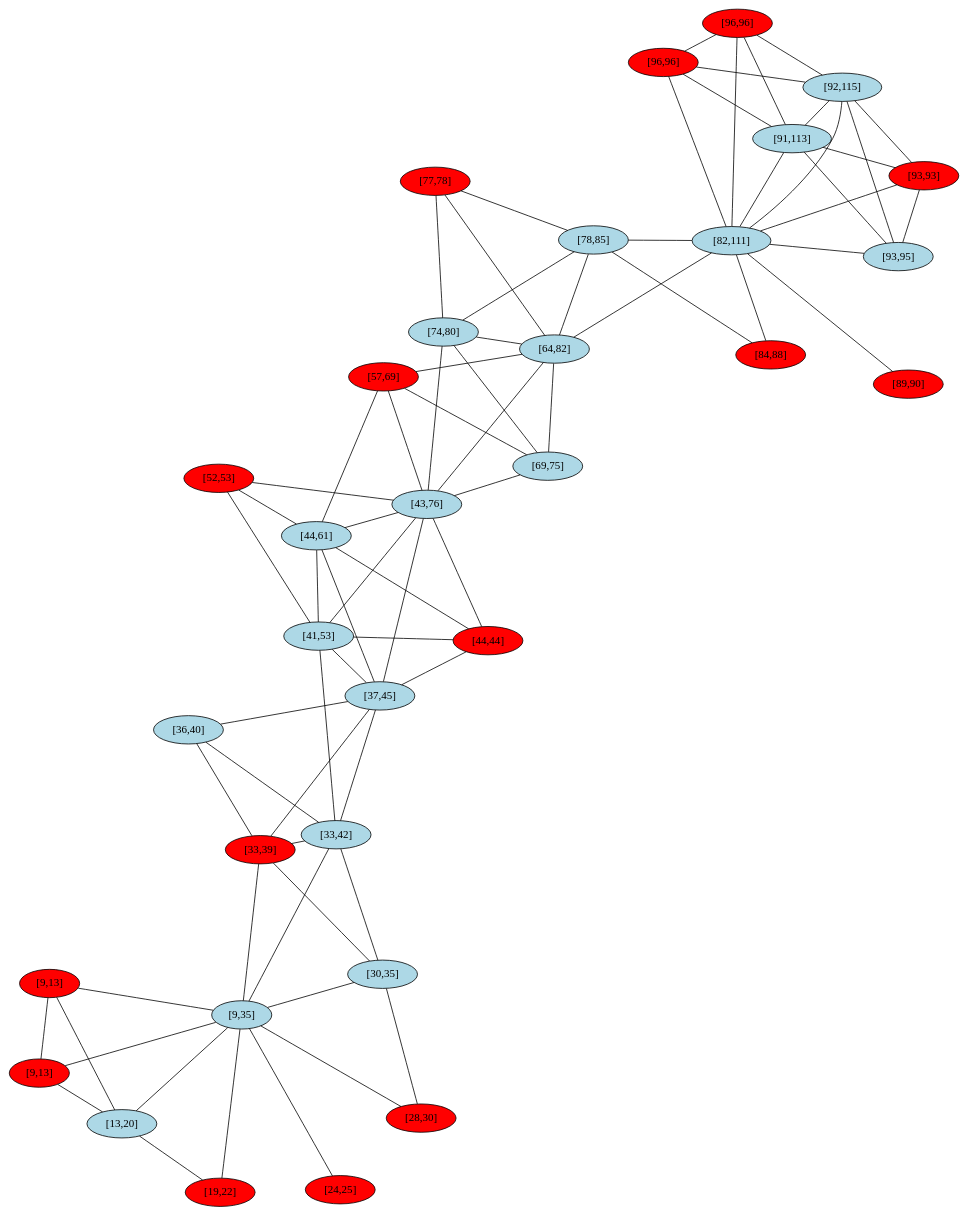
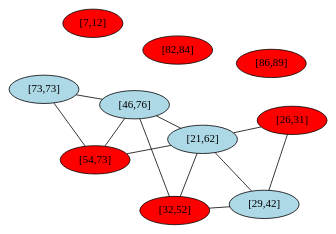
Before and after one commit to atotgerman/DUE_Fscharp: the diagram in intervallumgraf.dot, drawn with Graphviz. The commit also changed 2 other files, not shown here.

```diff
--- a/intervallumgraf.dot
+++ b/intervallumgraf.dot
@@ -1,110 +1,26 @@
 graph G {
   layout=neato;
   overlap=false;
   splines=true;
-  1 [label="[33,39]", style=filled, fillcolor=red];
-  2 [label="[93,93]", style=filled, fillcolor=red];
-  3 [label="[84,88]", style=filled, fillcolor=red];
-  4 [label="[52,53]", style=filled, fillcolor=red];
-  5 [label="[19,22]", style=filled, fillcolor=red];
-  6 [label="[69,75]", style=filled, fillcolor=lightblue];
-  7 [label="[41,53]", style=filled, fillcolor=lightblue];
-  8 [label="[64,82]", style=filled, fillcolor=lightblue];
-  9 [label="[9,13]", style=filled, fillcolor=red];
-  10 [label="[30,35]", style=filled, fillcolor=lightblue];
-  11 [label="[44,44]", style=filled, fillcolor=red];
-  12 [label="[43,76]", style=filled, fillcolor=lightblue];
-  13 [label="[9,35]", style=filled, fillcolor=lightblue];
-  14 [label="[28,30]", style=filled, fillcolor=red];
-  15 [label="[9,13]", style=filled, fillcolor=red];
-  16 [label="[91,113]", style=filled, fillcolor=lightblue];
-  17 [label="[89,90]", style=filled, fillcolor=red];
-  18 [label="[57,69]", style=filled, fillcolor=red];
-  19 [label="[82,111]", style=filled, fillcolor=lightblue];
-  20 [label="[37,45]", style=filled, fillcolor=lightblue];
-  21 [label="[36,40]", style=filled, fillcolor=lightblue];
-  22 [label="[13,20]", style=filled, fillcolor=lightblue];
-  23 [label="[74,80]", style=filled, fillcolor=lightblue];
-  24 [label="[44,61]", style=filled, fillcolor=lightblue];
-  25 [label="[96,96]", style=filled, fillcolor=red];
-  26 [label="[24,25]", style=filled, fillcolor=red];
-  27 [label="[77,78]", style=filled, fillcolor=red];
-  28 [label="[96,96]", style=filled, fillcolor=red];
-  29 [label="[33,42]", style=filled, fillcolor=lightblue];
-  30 [label="[93,95]", style=filled, fillcolor=lightblue];
-  31 [label="[92,115]", style=filled, fillcolor=lightblue];
-  32 [label="[78,85]", style=filled, fillcolor=lightblue];
-  1 -- 10;
-  1 -- 13;
-  1 -- 20;
-  1 -- 21;
-  1 -- 29;
-  2 -- 16;
-  2 -- 19;
-  2 -- 30;
-  2 -- 31;
-  3 -- 19;
-  3 -- 32;
-  4 -- 7;
-  4 -- 12;
-  4 -- 24;
-  5 -- 13;
-  5 -- 22;
+  1 [label="[29,42]", style=filled, fillcolor=lightblue];
+  2 [label="[26,31]", style=filled, fillcolor=red];
+  3 [label="[32,52]", style=filled, fillcolor=red];
+  4 [label="[46,76]", style=filled, fillcolor=lightblue];
+  5 [label="[86,89]", style=filled, fillcolor=red];
+  6 [label="[21,62]", style=filled, fillcolor=lightblue];
+  7 [label="[7,12]", style=filled, fillcolor=red];
+  8 [label="[54,73]", style=filled, fillcolor=red];
+  9 [label="[73,73]", style=filled, fillcolor=lightblue];
+  10 [label="[82,84]", style=filled, fillcolor=red];
+  1 -- 2;
+  1 -- 3;
+  1 -- 6;
+  2 -- 6;
+  3 -- 4;
+  3 -- 6;
+  4 -- 6;
+  4 -- 8;
+  4 -- 9;
   6 -- 8;
-  6 -- 12;
-  6 -- 18;
-  6 -- 23;
-  7 -- 11;
-  7 -- 12;
-  7 -- 20;
-  7 -- 24;
-  7 -- 29;
-  8 -- 12;
-  8 -- 18;
-  8 -- 19;
-  8 -- 23;
-  8 -- 27;
-  8 -- 32;
-  9 -- 13;
-  9 -- 15;
-  9 -- 22;
-  10 -- 13;
-  10 -- 14;
-  10 -- 29;
-  11 -- 12;
-  11 -- 20;
-  11 -- 24;
-  12 -- 18;
-  12 -- 20;
-  12 -- 23;
-  12 -- 24;
-  13 -- 14;
-  13 -- 15;
-  13 -- 22;
-  13 -- 26;
-  13 -- 29;
-  15 -- 22;
-  16 -- 19;
-  16 -- 25;
-  16 -- 28;
-  16 -- 30;
-  16 -- 31;
-  17 -- 19;
-  18 -- 24;
-  19 -- 25;
-  19 -- 28;
-  19 -- 30;
-  19 -- 31;
-  19 -- 32;
-  20 -- 21;
-  20 -- 24;
-  20 -- 29;
-  21 -- 29;
-  23 -- 27;
-  23 -- 32;
-  25 -- 28;
-  25 -- 31;
-  27 -- 32;
-  28 -- 31;
-  30 -- 31;
+  8 -- 9;
 }
```
